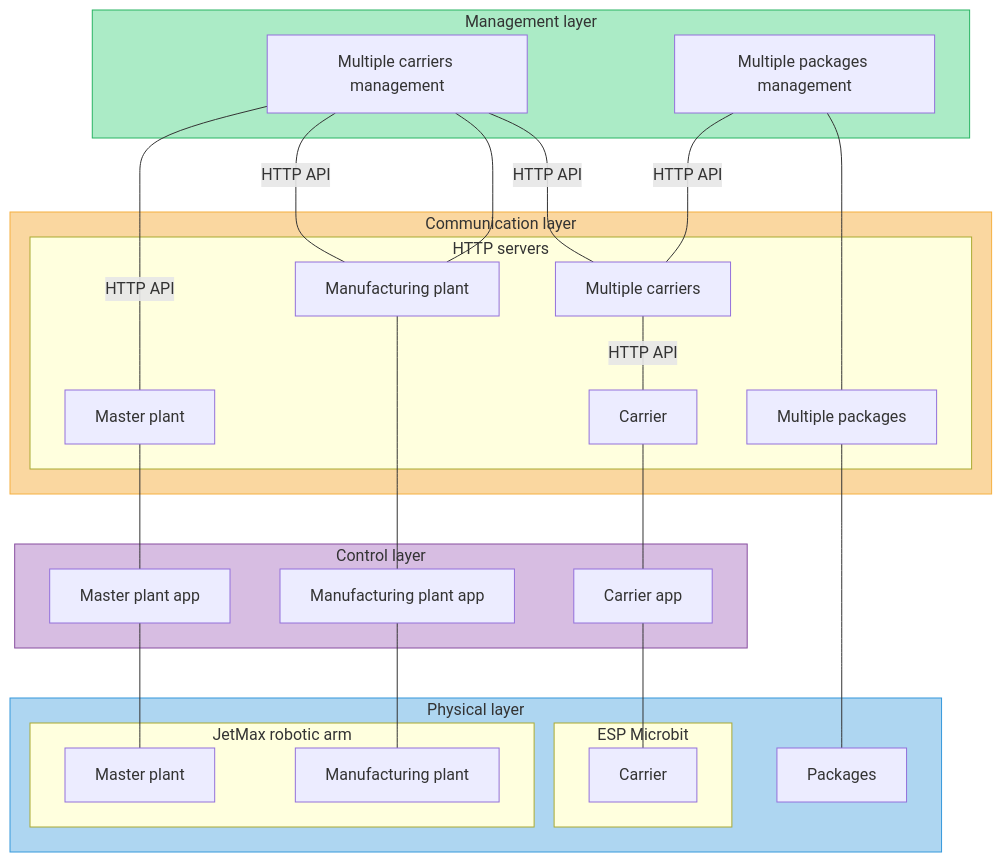
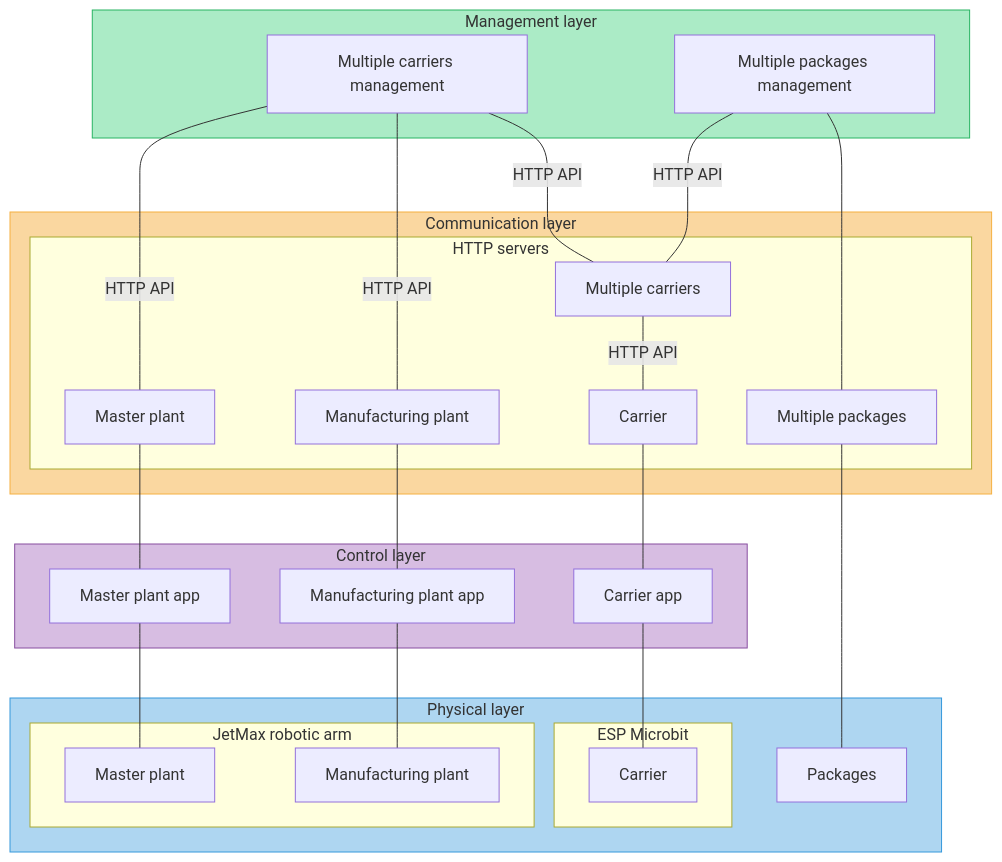
The first of 2 diagrams in README.md (fsprojekti/shr-mfg-platform), drawn with Mermaid before and after one commit.

````diff
--- a/README.md
+++ b/README.md
@@ -3,54 +3,53 @@
 ```mermaid
 graph TD
 
 subgraph ML[Management layer]
     MCM[Multiple carriers management ]
     MPM[Multiple packages management]
 end
 subgraph CL[Communication layer]
     subgraph CL1[HTTP servers]
     CC[Carrier]
     CM[Master plant]
     CMFG[Manufacturing plant]
     CMC[Multiple carriers]
     CMP[Multiple packages]
     end  
 end
 subgraph AL[Control layer]
     CTM[Master plant app]
     CTC[Carrier app]
     CTMFG[Manufacturing plant app]
    
 end
 subgraph PL[Physical layer]
     subgraph PL1[ESP Microbit]
     PC[Carrier]
     end
    
     subgraph PL2[JetMax robotic arm]
         PMFG[Manufacturing plant]
         PM[Master plant]
     end
     P[Packages]
 end
 
 MCM---|HTTP API|CM
 MCM---|HTTP API|CMFG
-MCM---CMFG
 CMFG---CTMFG---PMFG
 CM---CTM---PM
 MPM---|HTTP API|CMC
 
 MPM---CMP---P
 
 MCM---|HTTP API|CMC---|HTTP API|CC---CTC---PC
 
 
 
 style CL fill:#FAD7A0, stroke:#F5B041
 style PL fill:#AED6F1, stroke:#3498DB
 style ML fill:#ABEBC6, stroke:#28B463
 style AL fill:#D7BDE2, stroke:#884EA0
 
 
 ```
````
